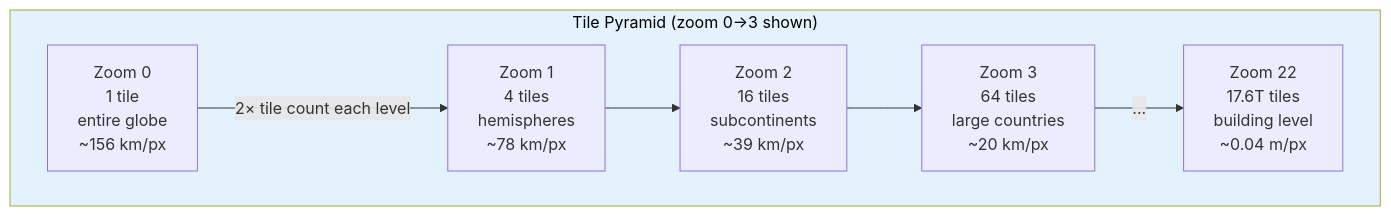
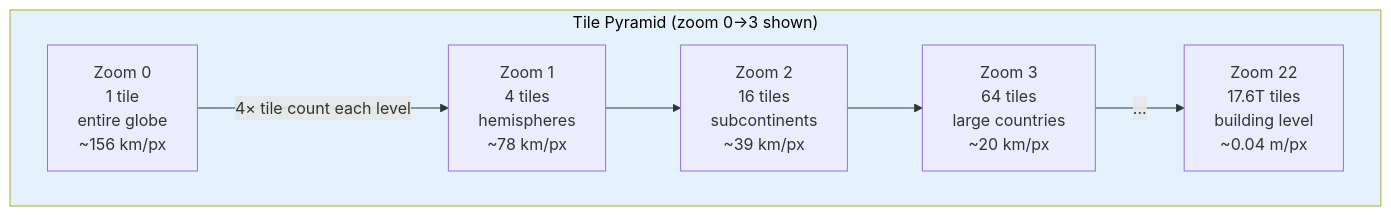
One commit to Ankan1998/learn-system-design changed the fourth of 4 diagrams in Bonus-Real-World-Architectures/15-Google-Maps/README.md. Above: the diagram before and after it, drawn with Mermaid. The commit also changed other lines of this file and 139 other files, not shown here.

````diff
--- a/Bonus-Real-World-Architectures/15-Google-Maps/README.md
+++ b/Bonus-Real-World-Architectures/15-Google-Maps/README.md
@@ -383,13 +389,13 @@
 ```mermaid
 flowchart TD
     subgraph Pyramid["Tile Pyramid (zoom 0→3 shown)"]
         style Pyramid fill:#e3f2fd,color:#000
         Z0["Zoom 0<br/>1 tile<br/>entire globe<br/>~156 km/px"]
         Z1["Zoom 1<br/>4 tiles<br/>hemispheres<br/>~78 km/px"]
         Z2["Zoom 2<br/>16 tiles<br/>subcontinents<br/>~39 km/px"]
         Z3["Zoom 3<br/>64 tiles<br/>large countries<br/>~20 km/px"]
         ZMAX["Zoom 22<br/>17.6T tiles<br/>building level<br/>~0.04 m/px"]
     end
 
-    Z0 -->|"2× tile count each level"| Z1 --> Z2 --> Z3 -->|"..."| ZMAX
+    Z0 -->|"4× tile count each level"| Z1 --> Z2 --> Z3 -->|"..."| ZMAX
 ```
````
